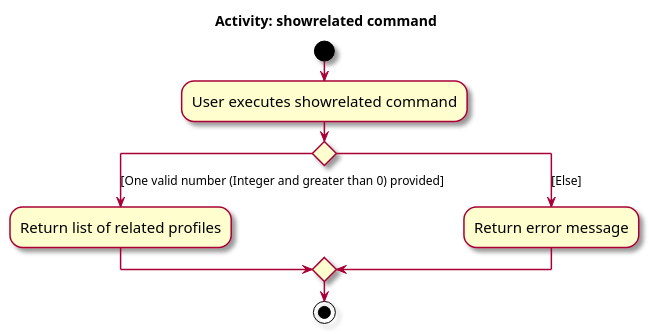
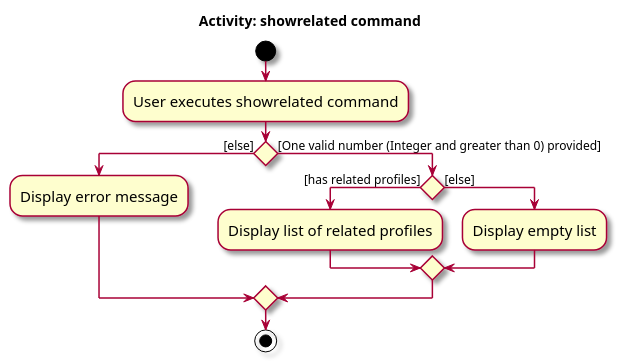
Before and after one commit to tanjieling0/tp: the diagram in docs/diagrams/ShowRelatedActivityDiagram.puml, drawn with PlantUML.

Commit message:
Update showrelated uml

```diff
--- a/docs/diagrams/ShowRelatedActivityDiagram.puml
+++ b/docs/diagrams/ShowRelatedActivityDiagram.puml
@@ -1,21 +1,22 @@
 @startuml
 skin rose
 skinparam ActivityFontSize 15
 skinparam ArrowFontSize 12
 
 
 title Activity: showrelated command
 start
 :User executes showrelated command;
 
-'Since the beta syntax does not support placing the condition outside the
-'diamond we place it as the true branch instead.
 
-switch ()
-case ([One valid number (Integer and greater than 0) provided])
-    :Return list of related profiles;
-case ([Else])
-    :Return error message;
-endswitch
+if () then ([else])
+    :Display error message;
+else ([One valid number (Integer and greater than 0) provided])
+    if () then ([has related profiles])
+        :Display list of related profiles;
+    else ([else])
+        :Display empty list;
+    endif
+endif
 stop
 @enduml
```
